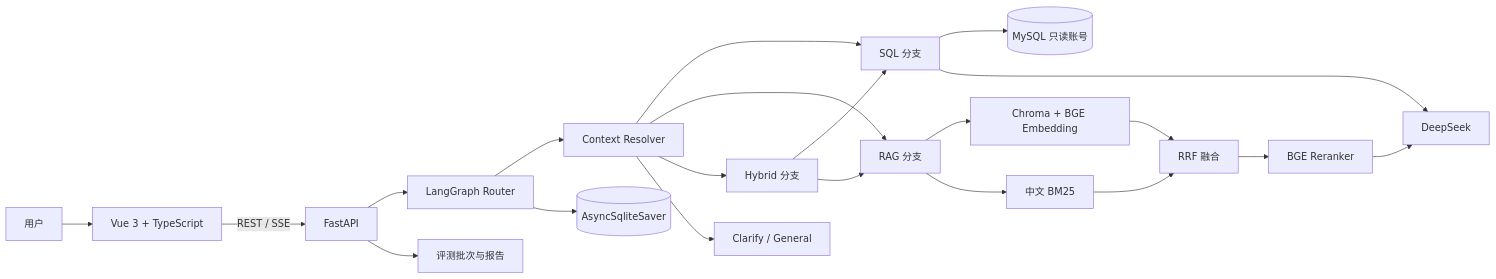
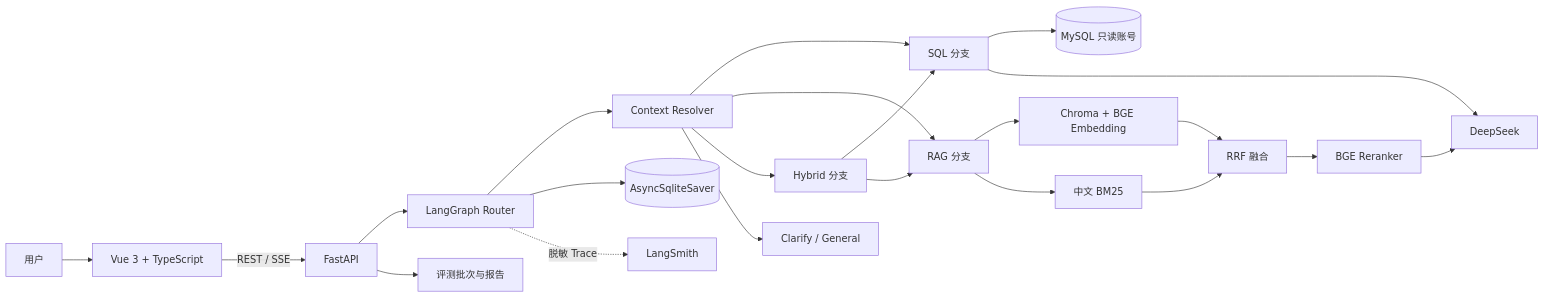
One commit to xxxjiejiejie/retail-insight-agent changed the diagram in docs/architecture.md. Above: the diagram before and after it, drawn with Mermaid. The commit also changed other lines of this file and 12 other files, not shown here.

Commit message:
feat: 新增 LangSmith 可观测性支持，包含追踪配置与数据脱敏功能

````diff
--- a/docs/architecture.md
+++ b/docs/architecture.md
@@ -7,25 +7,26 @@
 ```mermaid
 flowchart LR
     User["用户"] --> Vue["Vue 3 + TypeScript"]
     Vue -->|REST / SSE| API["FastAPI"]
     API --> Graph["LangGraph Router"]
     Graph --> Context["Context Resolver"]
     Context --> SQL["SQL 分支"]
     Context --> RAG["RAG 分支"]
     Context --> Hybrid["Hybrid 分支"]
     Context --> Clarify["Clarify / General"]
     Hybrid --> SQL
     Hybrid --> RAG
 
     SQL --> MySQL[("MySQL 只读账号")]
     RAG --> Chroma["Chroma + BGE Embedding"]
     RAG --> BM25["中文 BM25"]
     Chroma --> RRF["RRF 融合"]
     BM25 --> RRF
     RRF --> Reranker["BGE Reranker"]
     Reranker --> LLM["DeepSeek"]
     SQL --> LLM
 
     Graph --> Checkpoint[("AsyncSqliteSaver")]
     API --> Evaluation["评测批次与报告"]
+    Graph -. 脱敏 Trace .-> LangSmith["LangSmith"]
 ```
````
